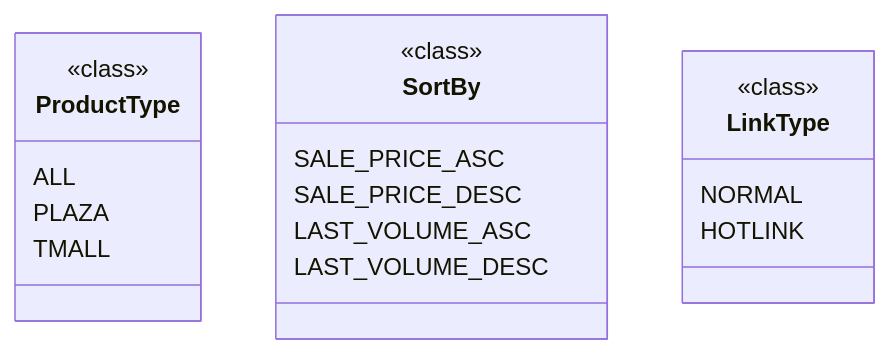
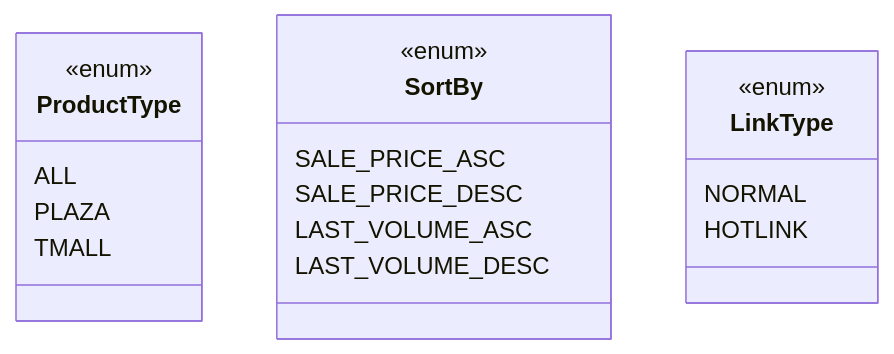
Before and after one commit to hypo69/hypo: the second of 2 diagrams in docs/gemini/ru/explainer/src/suppliers/aliexpress/api/models/request_parameters.py.md, drawn with Mermaid. The commit also changed other lines of this file and 223 other files, not shown here.

````diff
--- a/docs/gemini/ru/explainer/src/suppliers/aliexpress/api/models/request_parameters.py.md
+++ b/docs/gemini/ru/explainer/src/suppliers/aliexpress/api/models/request_parameters.py.md
@@ -25,23 +47,22 @@
 ```mermaid
 classDiagram
     class ProductType {
-        <<class>>
+        <<enum>>
         ALL
         PLAZA
         TMALL
     }
-
     class SortBy {
-        <<class>>
+        <<enum>>
         SALE_PRICE_ASC
         SALE_PRICE_DESC
         LAST_VOLUME_ASC
         LAST_VOLUME_DESC
     }
-
     class LinkType {
-        <<class>>
+        <<enum>>
         NORMAL
         HOTLINK
     }
+    
 ```
````
